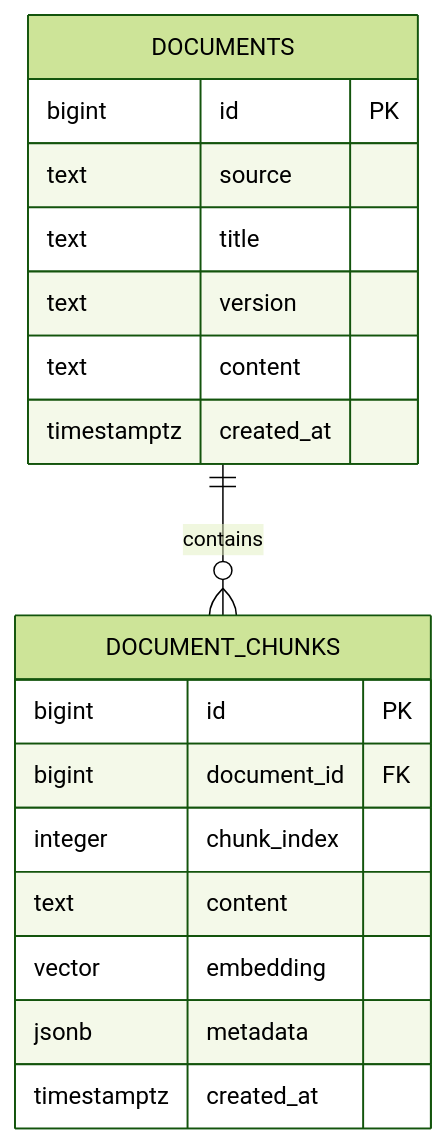
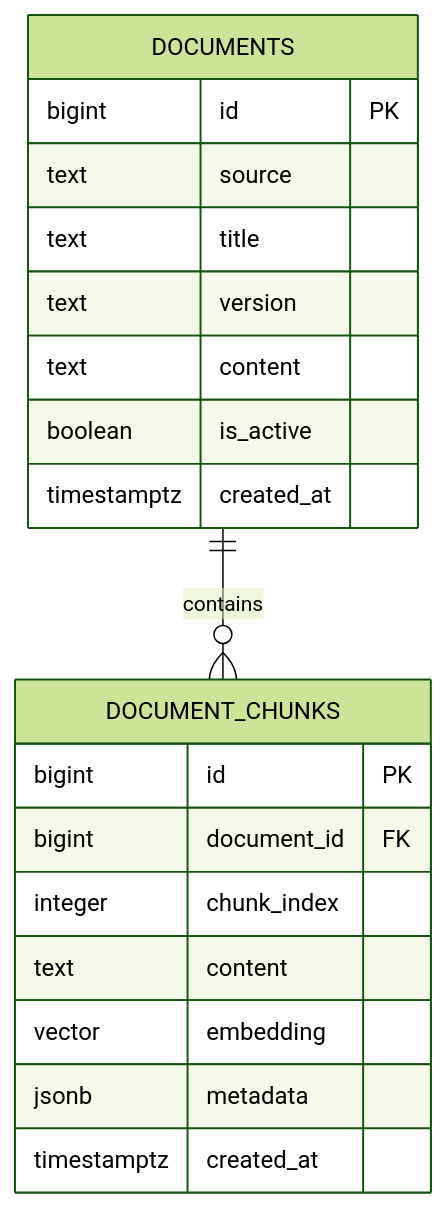
Before and after one commit to jlizancandela/chatbox: the diagram in api/database/erd.md, drawn with Mermaid (forest theme). The commit also changed 8 other files, not shown here.

````diff
--- a/api/database/erd.md
+++ b/api/database/erd.md
@@ -3,23 +3,24 @@
 ```mermaid
 erDiagram
     DOCUMENTS {
         bigint id PK
         text source
         text title
         text version
         text content
+        boolean is_active
         timestamptz created_at
     }
 
     DOCUMENT_CHUNKS {
         bigint id PK
         bigint document_id FK
         integer chunk_index
         text content
         vector embedding
         jsonb metadata
         timestamptz created_at
     }
 
     DOCUMENTS ||--o{ DOCUMENT_CHUNKS : contains
 ```
````
